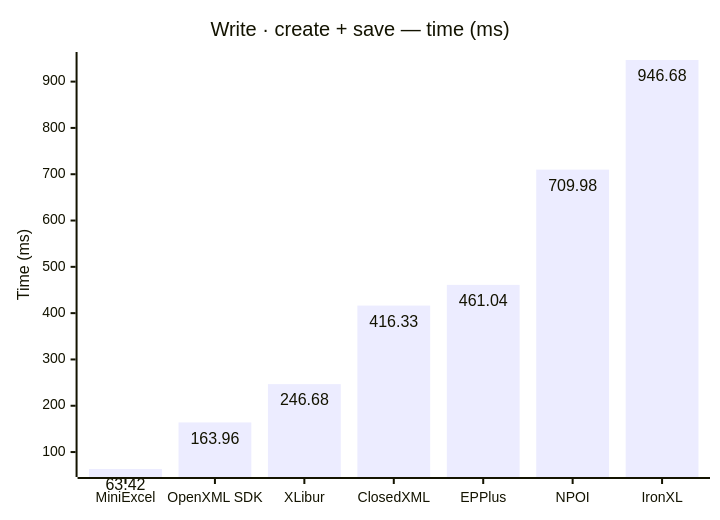
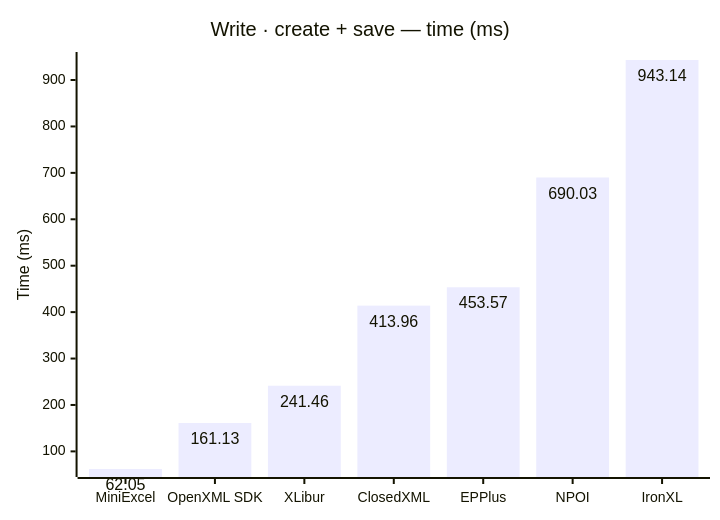
The fifth of 12 diagrams in docs/results.md (jafin/XLBench), drawn with Mermaid before and after one commit. The commit also changed other lines of this file and 2 other files, not shown here.

````diff
--- a/docs/results.md
+++ b/docs/results.md
@@ -87,12 +87,12 @@
 ```mermaid
 ---
 config:
   xyChart:
     showDataLabel: true
 ---
 xychart-beta
     title "Write · create + save — time (ms)"
     x-axis ["MiniExcel", "OpenXML SDK", "XLibur", "ClosedXML", "EPPlus", "NPOI", "IronXL"]
     y-axis "Time (ms)"
-    bar [63.42, 163.96, 246.68, 416.33, 461.04, 709.98, 946.68]
+    bar [62.05, 161.13, 241.46, 413.96, 453.57, 690.03, 943.14]
 ```
````
